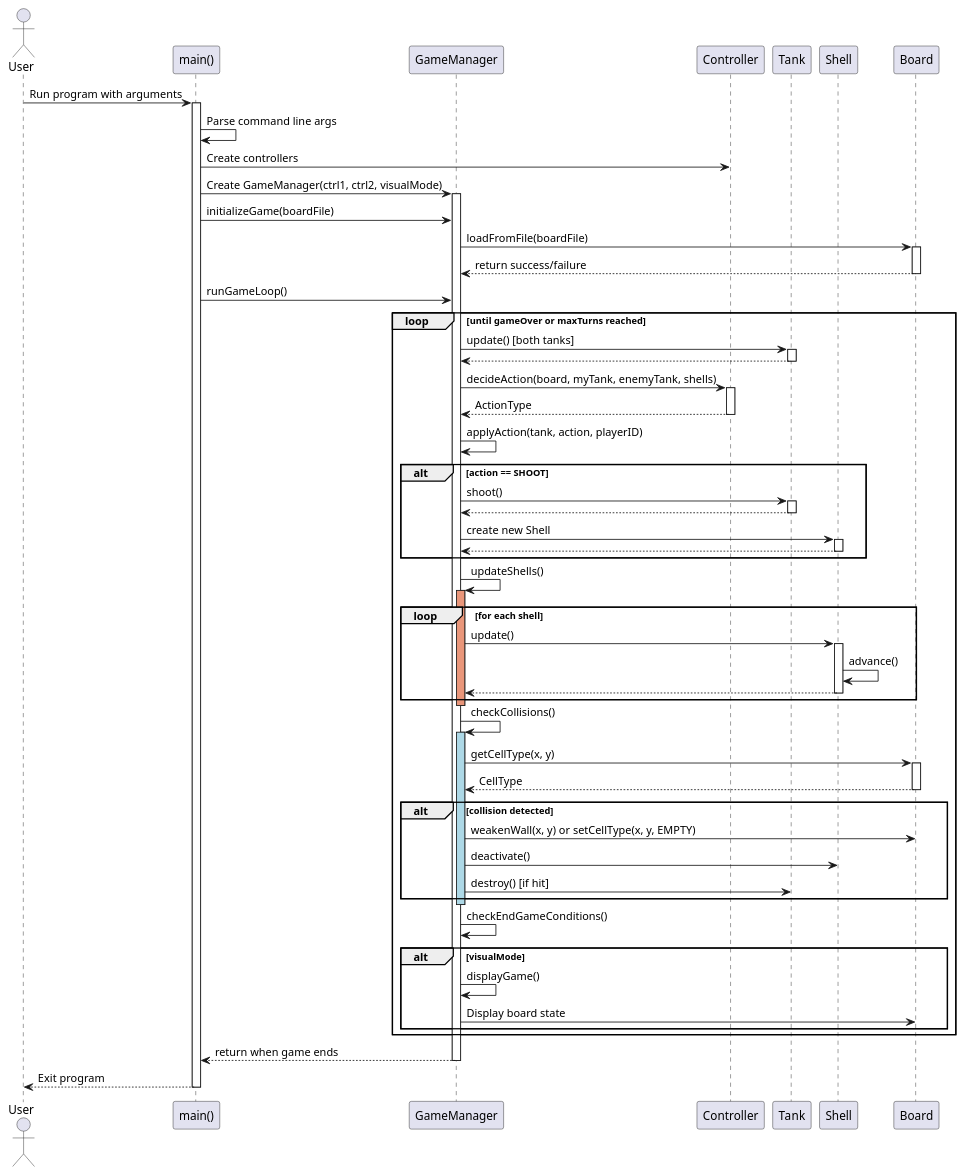
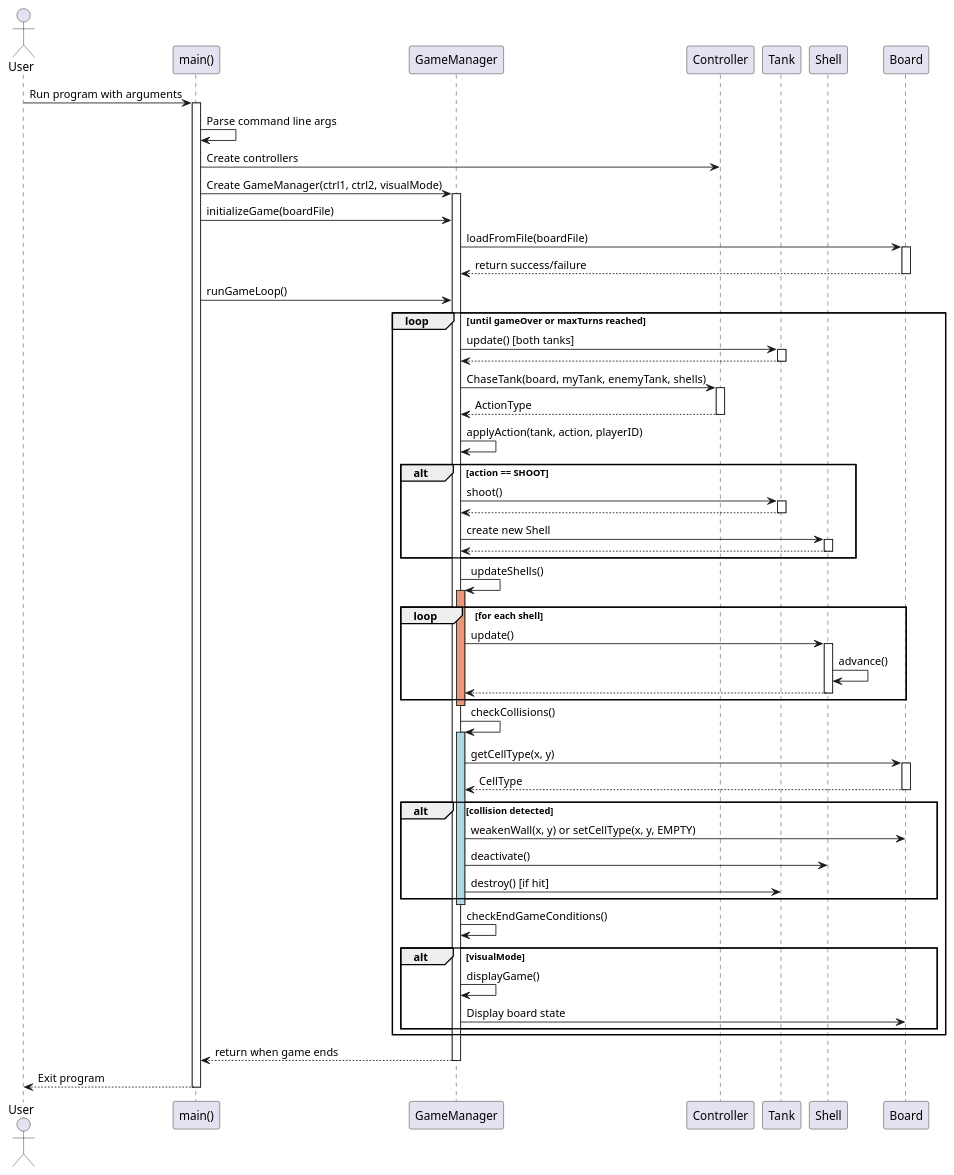
Before and after one commit to gshachar12/Advanced-Concepts-in-Programming: the diagram in Project1/doc/sequence_diagram.puml, drawn with PlantUML. The commit also changed 25 other files, not shown here.

```diff
--- a/Project1/doc/sequence_diagram.puml
+++ b/Project1/doc/sequence_diagram.puml
@@ -1,93 +1,93 @@
 @startuml TankGameMainFlow
 
 actor User
 participant "main()" as Main
 participant "GameManager" as GM
 participant "Controller" as Ctrl
 participant "Tank" as Tank
 participant "Shell" as Shell
 participant "Board" as Board
 
 User -> Main : Run program with arguments
 activate Main
 
 Main -> Main : Parse command line args
 Main -> Ctrl : Create controllers
 Main -> GM : Create GameManager(ctrl1, ctrl2, visualMode)
 activate GM
 
 Main -> GM : initializeGame(boardFile)
 GM -> Board : loadFromFile(boardFile)
 activate Board
 Board --> GM : return success/failure
 deactivate Board
 
 Main -> GM : runGameLoop()
 
 loop until gameOver or maxTurns reached
     GM -> Tank : update() [both tanks]
     activate Tank
     Tank --> GM
     deactivate Tank
     
-    GM -> Ctrl : decideAction(board, myTank, enemyTank, shells)
+    GM -> Ctrl : ChaseTank(board, myTank, enemyTank, shells)
     activate Ctrl
     Ctrl --> GM : ActionType
     deactivate Ctrl
     
     GM -> GM : applyAction(tank, action, playerID)
     
     alt action == SHOOT
         GM -> Tank : shoot()
         activate Tank
         Tank --> GM
         deactivate Tank
         
         GM -> Shell : create new Shell
         activate Shell
         Shell --> GM
         deactivate Shell
     end
     
     GM -> GM : updateShells()
     activate GM #DarkSalmon
     
     loop for each shell
         GM -> Shell : update()
         activate Shell
         Shell -> Shell : advance()
         Shell --> GM
         deactivate Shell
     end
     deactivate GM
     
     GM -> GM : checkCollisions()
     activate GM #LightBlue
     
     GM -> Board : getCellType(x, y)
     activate Board
     Board --> GM : CellType
     deactivate Board
     
     alt collision detected
         GM -> Board : weakenWall(x, y) or setCellType(x, y, EMPTY)
         GM -> Shell : deactivate()
         GM -> Tank : destroy() [if hit]
     end
     deactivate GM
     
     GM -> GM : checkEndGameConditions()
     
     alt visualMode
         GM -> GM : displayGame()
         GM -> Board : Display board state
     end
 end
 
 GM --> Main : return when game ends
 deactivate GM
 
 Main --> User : Exit program
 deactivate Main
 
 @enduml
```
